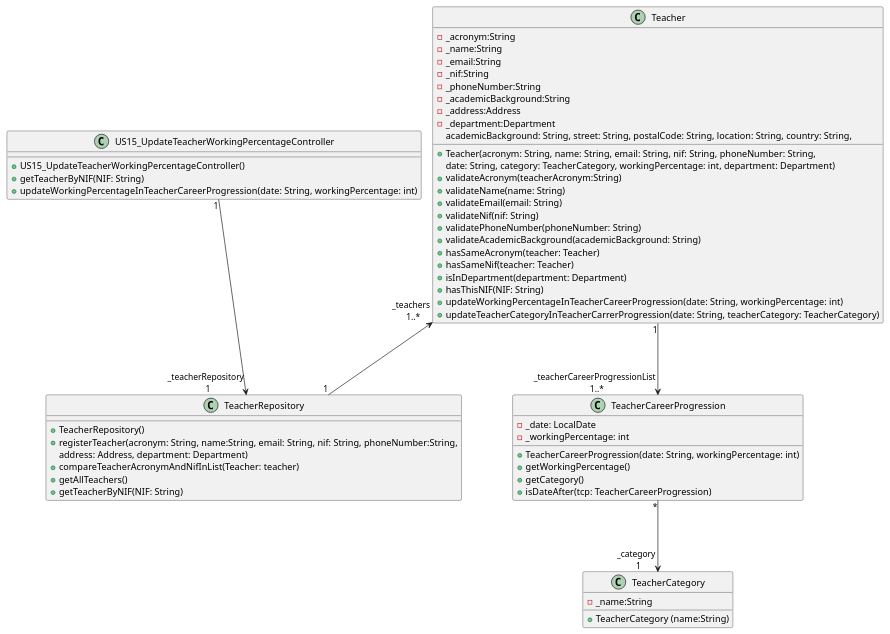
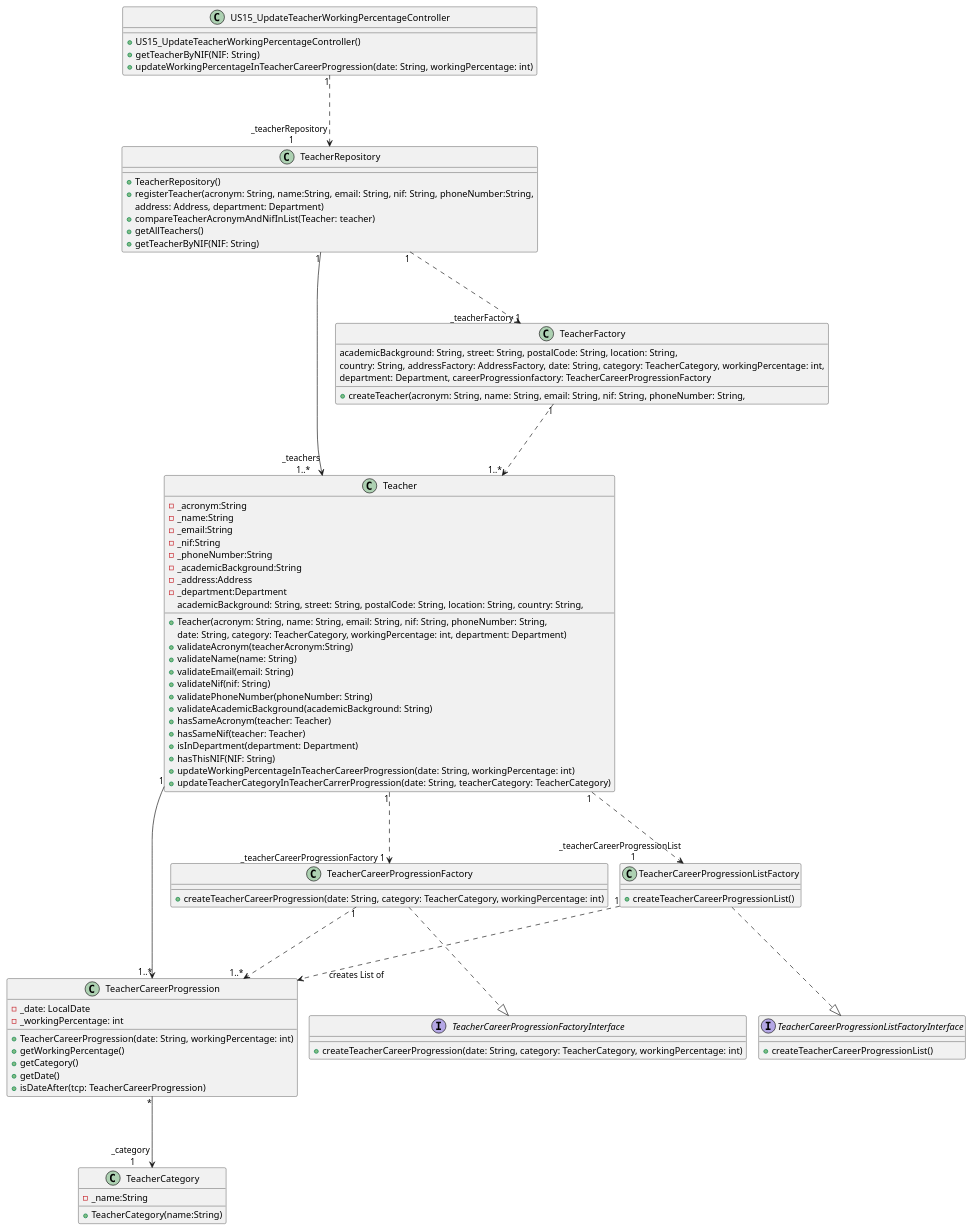
One commit to GasparISEP/DevOps-PAI changed the diagram in docs/US15/US15_ClassDiagram.puml. Above: the diagram before and after it, drawn with PlantUML. The commit also changed 3 other files, not shown here.

Commit message:
Changed US15_ClassDiagram and US15_SequenceDiagram to better reflect the use of Factories and Interfaces

```diff
--- a/docs/US15/US15_ClassDiagram.puml
+++ b/docs/US15/US15_ClassDiagram.puml
@@ -1,66 +1,98 @@
 @startuml
 
 !pragma layout smetana
 'left to right direction
 
 class US15_UpdateTeacherWorkingPercentageController {
     +US15_UpdateTeacherWorkingPercentageController()
     +getTeacherByNIF(NIF: String)
     +updateWorkingPercentageInTeacherCareerProgression(date: String, workingPercentage: int)
 }
 
 class Teacher {
      -_acronym:String
      -_name:String
      -_email:String
      -_nif:String
      -_phoneNumber:String
      -_academicBackground:String
      -_address:Address
      -_department:Department
      +Teacher(acronym: String, name: String, email: String, nif: String, phoneNumber: String,
      academicBackground: String, street: String, postalCode: String, location: String, country: String,
      date: String, category: TeacherCategory, workingPercentage: int, department: Department)
      +validateAcronym(teacherAcronym:String)
      +validateName(name: String)
      +validateEmail(email: String)
      +validateNif(nif: String)
      +validatePhoneNumber(phoneNumber: String)
      +validateAcademicBackground(academicBackground: String)
      +hasSameAcronym(teacher: Teacher)
      +hasSameNif(teacher: Teacher)
      +isInDepartment(department: Department)
      +hasThisNIF(NIF: String)
      +updateWorkingPercentageInTeacherCareerProgression(date: String, workingPercentage: int)
      +updateTeacherCategoryInTeacherCarrerProgression(date: String, teacherCategory: TeacherCategory)
 }
 
+class TeacherFactory {
+    +createTeacher(acronym: String, name: String, email: String, nif: String, phoneNumber: String,
+   academicBackground: String, street: String, postalCode: String, location: String,
+   country: String, addressFactory: AddressFactory, date: String, category: TeacherCategory, workingPercentage: int,
+   department: Department, careerProgressionfactory: TeacherCareerProgressionFactory
+}
+
 class TeacherCareerProgression {
     -_date: LocalDate
     -_workingPercentage: int
     +TeacherCareerProgression(date: String, workingPercentage: int)
     +getWorkingPercentage()
     +getCategory()
+    +getDate()
     +isDateAfter(tcp: TeacherCareerProgression)
 }
 
 class TeacherRepository {
     +TeacherRepository()
     +registerTeacher(acronym: String, name:String, email: String, nif: String, phoneNumber:String,
                           address: Address, department: Department)
     +compareTeacherAcronymAndNifInList(Teacher: teacher)
     +getAllTeachers()
     +getTeacherByNIF(NIF: String)
 }
 
 class TeacherCategory {
     -_name:String
-    + TeacherCategory (name:String)
+    + TeacherCategory(name:String)
 }
 
-US15_UpdateTeacherWorkingPercentageController "1" ----> "_teacherRepository \n 1" TeacherRepository
+class TeacherCareerProgressionFactory {
+    +createTeacherCareerProgression(date: String, category: TeacherCategory, workingPercentage: int)
+}
+
+interface TeacherCareerProgressionFactoryInterface {
+    +createTeacherCareerProgression(date: String, category: TeacherCategory, workingPercentage: int)
+}
+
+class TeacherCareerProgressionListFactory {
+    +createTeacherCareerProgressionList()
+}
+
+interface TeacherCareerProgressionListFactoryInterface {
+    +createTeacherCareerProgressionList()
+}
+
+US15_UpdateTeacherWorkingPercentageController "1" ....> "_teacherRepository \n 1" TeacherRepository
 Teacher "_teachers \n 1..*" <---- "1" TeacherRepository
-Teacher "1" ----> "_teacherCareerProgressionList \n 1..*" TeacherCareerProgression
+Teacher "1" ----> "\n 1..*" TeacherCareerProgression
+TeacherFactory "1" ....> "1..*" Teacher
+TeacherRepository "1" ....> "_teacherFactory 1" TeacherFactory
 TeacherCareerProgression "*" ----> "_category \n 1" TeacherCategory
+Teacher "1" ....> "_teacherCareerProgressionFactory 1  " TeacherCareerProgressionFactory
+TeacherCareerProgressionFactory "1" ....> "1..*" TeacherCareerProgression
+Teacher "1" ....> "_teacherCareerProgressionList \n           1" TeacherCareerProgressionListFactory
+TeacherCareerProgressionFactory ....|> TeacherCareerProgressionFactoryInterface
+TeacherCareerProgressionListFactory ....|> TeacherCareerProgressionListFactoryInterface
+TeacherCareerProgressionListFactory "1" ....> "              creates List of" TeacherCareerProgression
 
 @enduml
```
